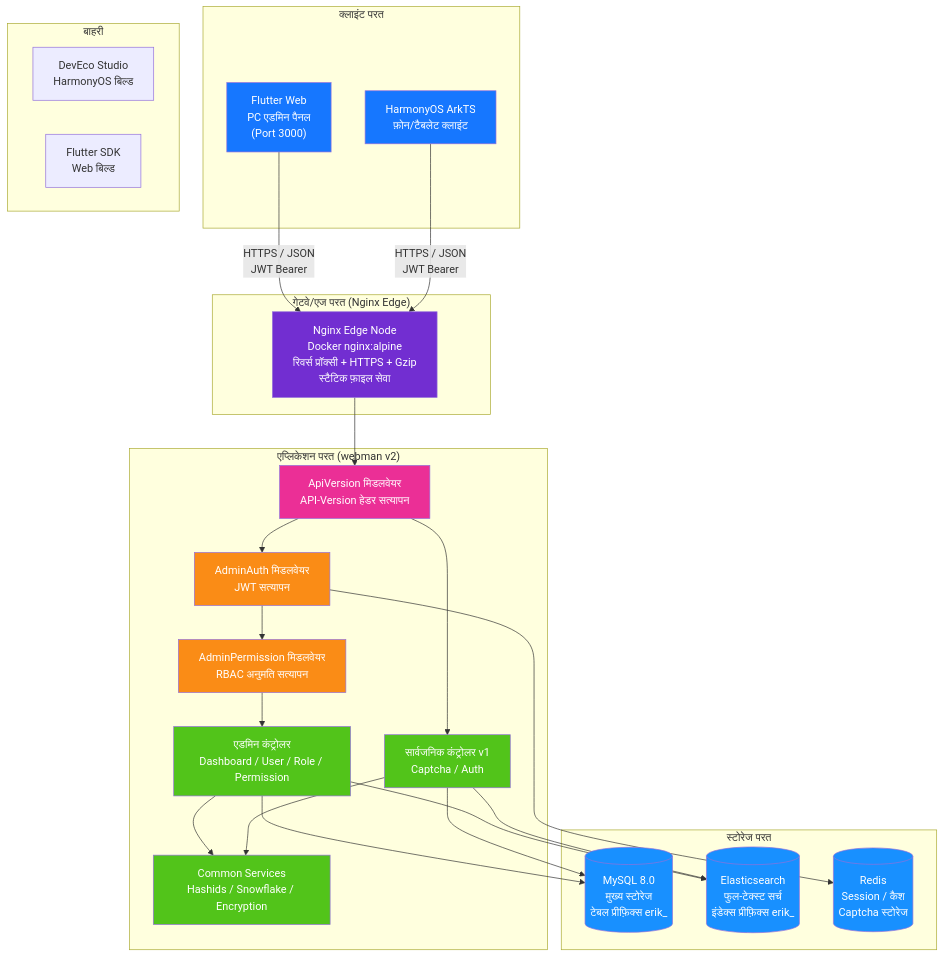
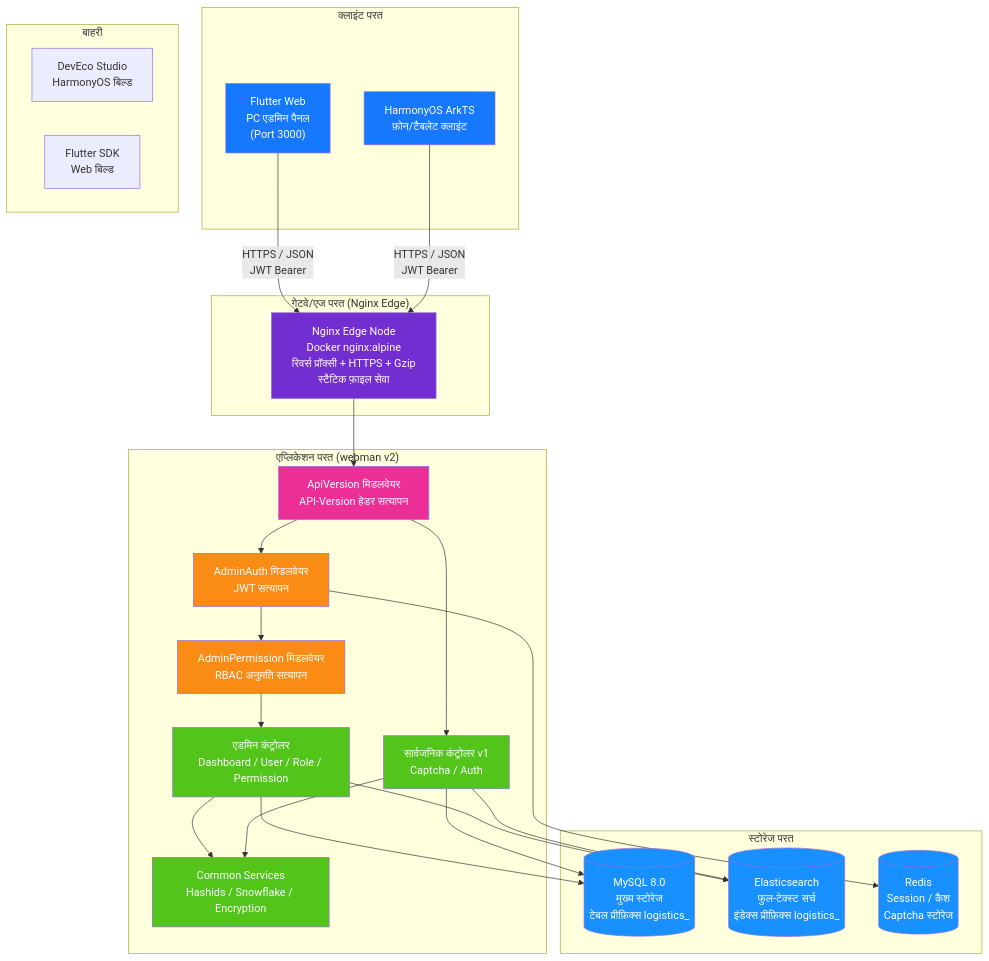
Before and after one commit to erikwang2013/integrated-global-logistics: the first of 14 diagrams in admin/docs/ARCHITECTURE.hi.md, drawn with Mermaid. The commit also changed other lines of this file and 211 other files, not shown here.

````diff
--- a/admin/docs/ARCHITECTURE.hi.md
+++ b/admin/docs/ARCHITECTURE.hi.md
@@ -13,59 +13,59 @@
 ```mermaid
 flowchart TB
     subgraph "क्लाइंट परत"
         A1["Flutter Web<br/>PC एडमिन पैनल<br/>(Port 3000)"]
         A2["HarmonyOS ArkTS<br/>फ़ोन/टैबलेट क्लाइंट"]
     end
 
     subgraph "गेटवे/एज परत (Nginx Edge)"
         B1["Nginx Edge Node<br/>Docker nginx:alpine<br/>रिवर्स प्रॉक्सी + HTTPS + Gzip<br/>स्टैटिक फ़ाइल सेवा"]
     end
 
     subgraph "एप्लिकेशन परत (webman v2)"
         C0["ApiVersion मिडलवेयर<br/>API-Version हेडर सत्यापन"]
         C1["AdminAuth मिडलवेयर<br/>JWT सत्यापन"]
         C2["AdminPermission मिडलवेयर<br/>RBAC अनुमति सत्यापन"]
         C3["एडमिन कंट्रोलर<br/>Dashboard / User / Role / Permission"]
         C4["सार्वजनिक कंट्रोलर v1<br/>Captcha / Auth"]
         C5["Common Services<br/>Hashids / Snowflake / Encryption"]
     end
 
     subgraph "स्टोरेज परत"
-        D1[("MySQL 8.0<br/>मुख्य स्टोरेज<br/>टेबल प्रीफ़िक्स erik_")]
-        D2[("Elasticsearch<br/>फुल-टेक्स्ट सर्च<br/>इंडेक्स प्रीफ़िक्स erik_")]
+        D1[("MySQL 8.0<br/>मुख्य स्टोरेज<br/>टेबल प्रीफ़िक्स logistics_")]
+        D2[("Elasticsearch<br/>फुल-टेक्स्ट सर्च<br/>इंडेक्स प्रीफ़िक्स logistics_")]
         D3[("Redis<br/>Session / कैश<br/>Captcha स्टोरेज")]
     end
 
     subgraph "बाहरी"
         E1["DevEco Studio<br/>HarmonyOS बिल्ड"]
         E2["Flutter SDK<br/>Web बिल्ड"]
     end
 
     A1 -->|"HTTPS / JSON<br/>JWT Bearer"| B1
     A2 -->|"HTTPS / JSON<br/>JWT Bearer"| B1
     B1 --> C0
     C0 --> C1
     C1 --> C2
     C2 --> C3
     C0 --> C4
     C3 --> C5
     C4 --> C5
     C3 --> D1
     C4 --> D1
     C3 --> D2
     C4 --> D2
     C1 --> D3
 
     style A1 fill:#1677FF,color:#fff
     style A2 fill:#1677FF,color:#fff
     style B1 fill:#722ED1,color:#fff
     style C0 fill:#EB2F96,color:#fff
     style C1 fill:#FA8C16,color:#fff
     style C2 fill:#FA8C16,color:#fff
     style C3 fill:#52C41A,color:#fff
     style C4 fill:#52C41A,color:#fff
     style C5 fill:#52C41A,color:#fff
     style D1 fill:#1890FF,color:#fff
     style D2 fill:#1890FF,color:#fff
     style D3 fill:#1890FF,color:#fff
 ```
````
